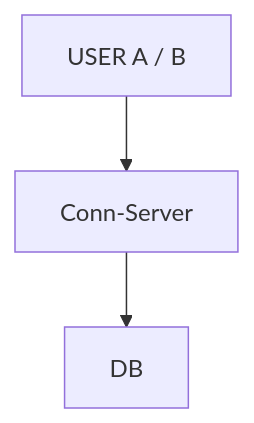
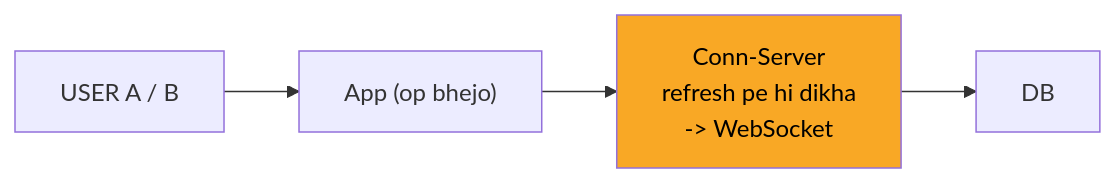
Before and after one commit to ArpanMaheshwari144/Prep: the third of 10 diagrams in 04_HLD/SYSTEM_DESIGNS/11_google_docs_collab/11_google_docs_collab.md, drawn with Mermaid. The commit also changed other lines of this file and 2 other files, not shown here.

Commit message:
docs, kafka, banking: one-day story, short cards, follow-ups with rules, highlighted diagrams

````diff
--- a/04_HLD/SYSTEM_DESIGNS/11_google_docs_collab/11_google_docs_collab.md
+++ b/04_HLD/SYSTEM_DESIGNS/11_google_docs_collab/11_google_docs_collab.md
@@ -90,8 +102,11 @@
 ```mermaid
-flowchart TD
-    n_USER_A_B["USER A / B"]
-    n_Conn_Server["Conn-Server"]
+flowchart LR
+    n_USER["USER A / B"]
+    n_App["App (op bhejo)"]
+    n_CS["Conn-Server<br/>refresh pe hi dikha<br/>-> WebSocket"]
     n_DB["DB"]
-    n_USER_A_B --> n_Conn_Server
-    n_Conn_Server --> n_DB
+    n_USER --> n_App
+    n_App --> n_CS
+    n_CS --> n_DB
+    style n_CS fill:#f9a825,color:#000
 ```
````
